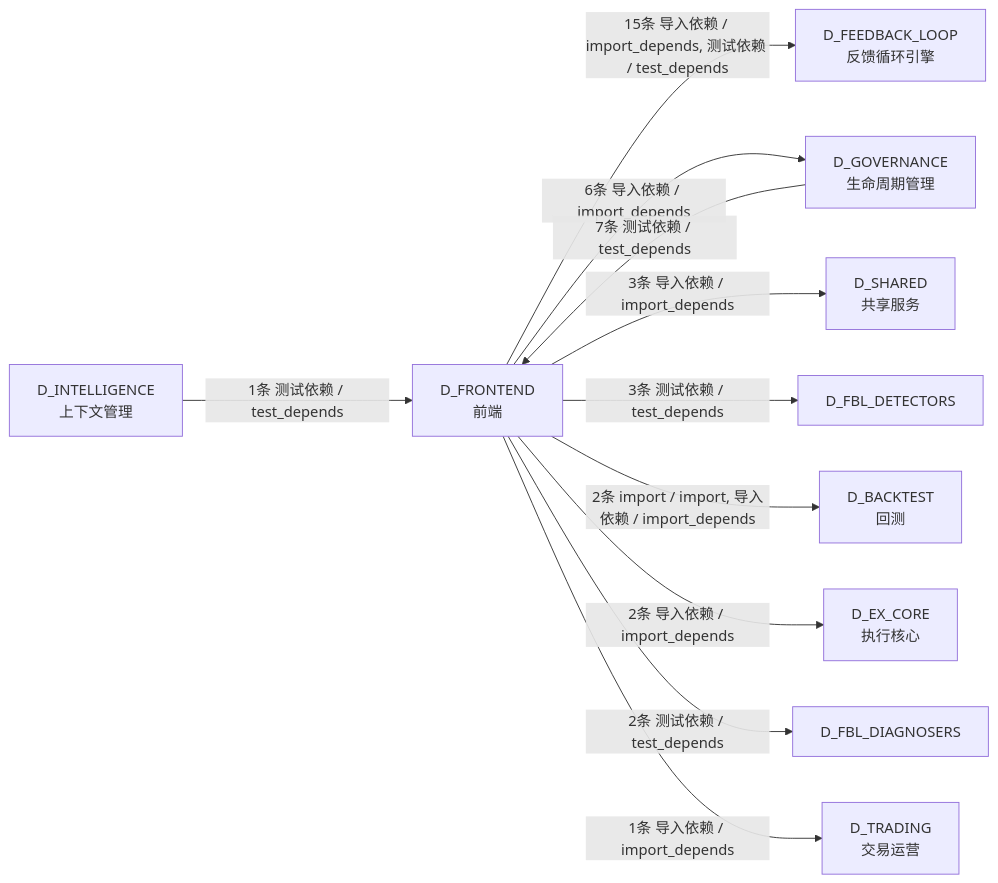
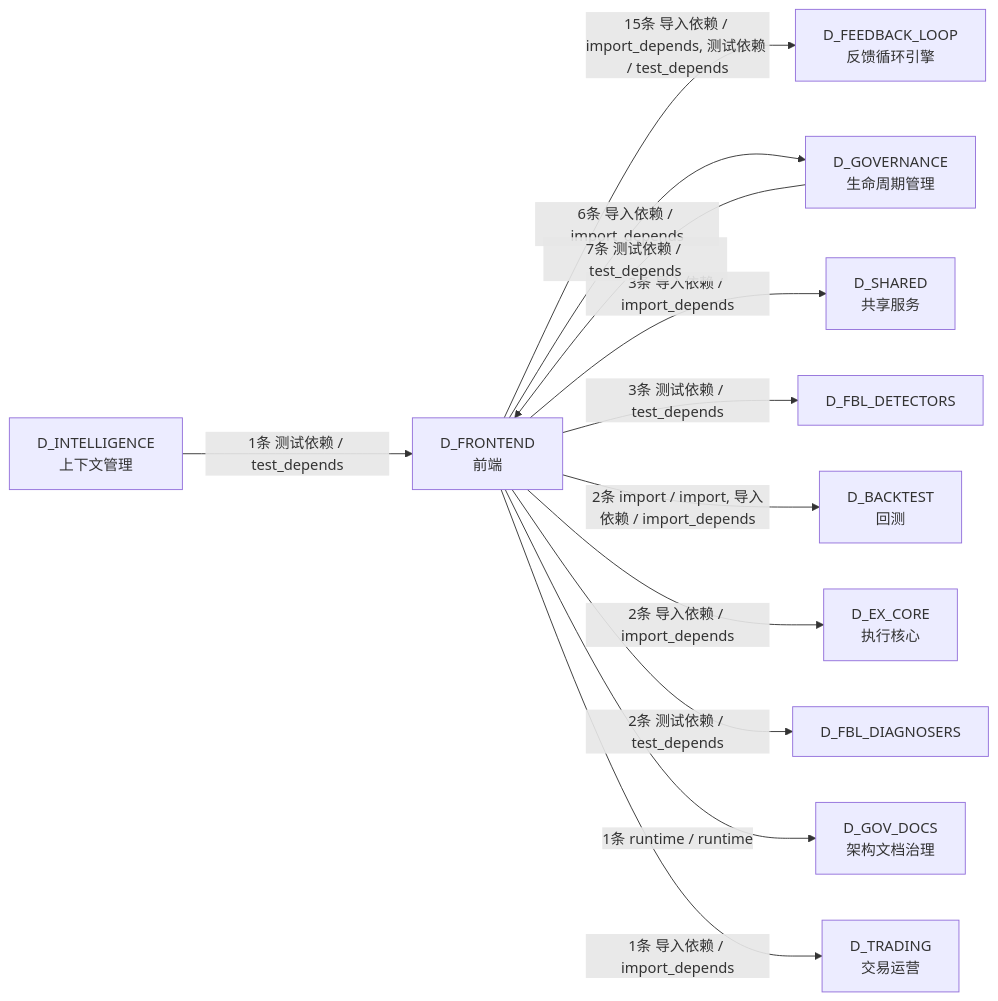
The sixth of 6 diagrams in docs/02_enterprise_architecture/02_domain_architecture_docs/15_d_frontend.md (xuanFelixVan/ZephyrAlpha), drawn with Mermaid before and after one commit. The commit also changed other lines of this file and 126 other files, not shown here.

````diff
--- a/docs/02_enterprise_architecture/02_domain_architecture_docs/15_d_frontend.md
+++ b/docs/02_enterprise_architecture/02_domain_architecture_docs/15_d_frontend.md
@@ -510,23 +513,25 @@
 ```mermaid
 graph LR
     D_FRONTEND["D_FRONTEND<br/>前端"]
     D_FEEDBACK_LOOP["D_FEEDBACK_LOOP<br/>反馈循环引擎"]
     D_GOVERNANCE["D_GOVERNANCE<br/>生命周期管理"]
     D_SHARED["D_SHARED<br/>共享服务"]
     D_FBL_DETECTORS["D_FBL_DETECTORS"]
     D_BACKTEST["D_BACKTEST<br/>回测"]
     D_EX_CORE["D_EX_CORE<br/>执行核心"]
     D_FBL_DIAGNOSERS["D_FBL_DIAGNOSERS"]
+    D_GOV_DOCS["D_GOV_DOCS<br/>架构文档治理"]
     D_TRADING["D_TRADING<br/>交易运营"]
     D_INTELLIGENCE["D_INTELLIGENCE<br/>上下文管理"]
     D_FRONTEND -->|15条 导入依赖 / import_depends, 测试依赖 / test_depends| D_FEEDBACK_LOOP
     D_FRONTEND -->|6条 导入依赖 / import_depends| D_GOVERNANCE
     D_FRONTEND -->|3条 导入依赖 / import_depends| D_SHARED
     D_FRONTEND -->|3条 测试依赖 / test_depends| D_FBL_DETECTORS
     D_FRONTEND -->|2条 import / import, 导入依赖 / import_depends| D_BACKTEST
     D_FRONTEND -->|2条 导入依赖 / import_depends| D_EX_CORE
     D_FRONTEND -->|2条 测试依赖 / test_depends| D_FBL_DIAGNOSERS
+    D_FRONTEND -->|1条 runtime / runtime| D_GOV_DOCS
     D_FRONTEND -->|1条 导入依赖 / import_depends| D_TRADING
     D_GOVERNANCE -->|7条 测试依赖 / test_depends| D_FRONTEND
     D_INTELLIGENCE -->|1条 测试依赖 / test_depends| D_FRONTEND
 ```
````
